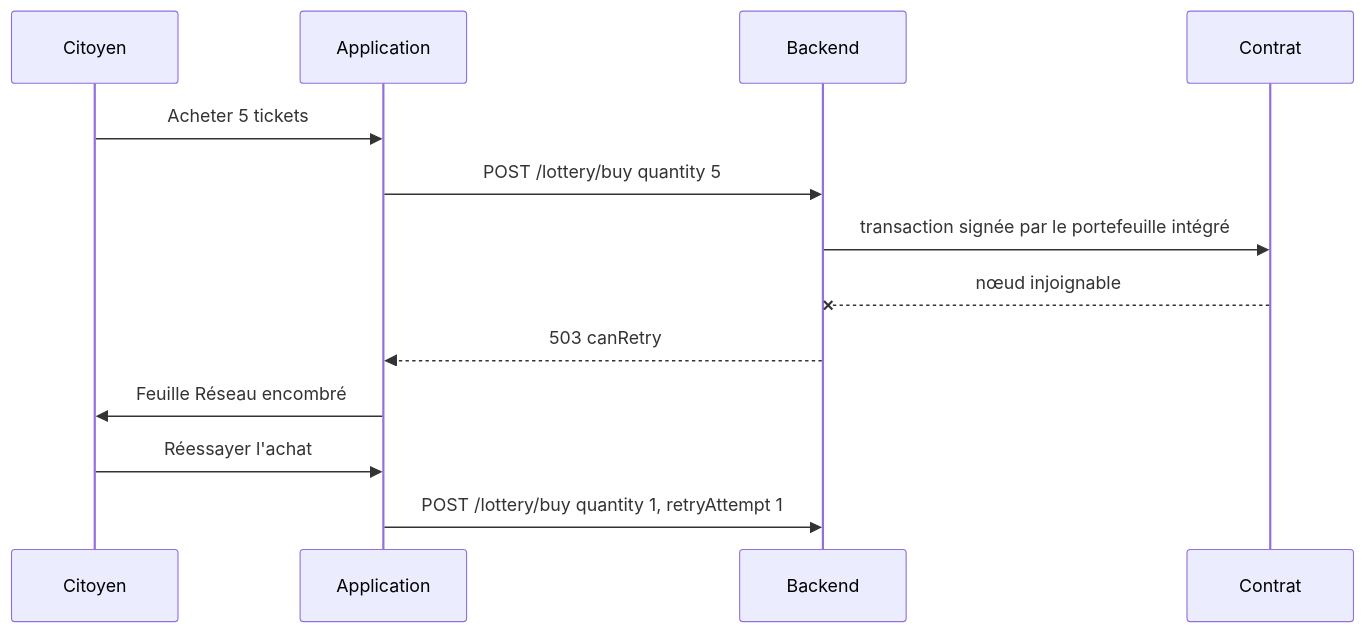
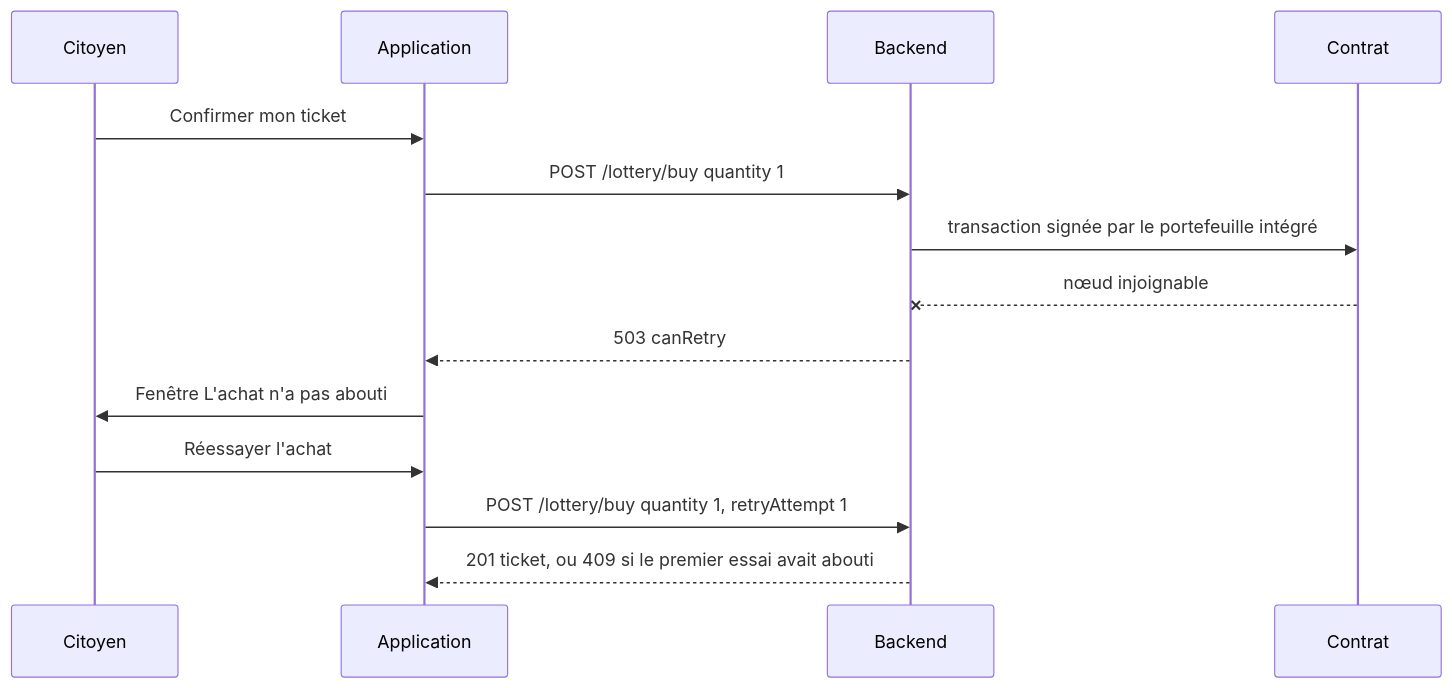
Before and after one commit to MarceauTDML/BlockLucky: the diagram in documentation-officielle/content/mobile/resilience.md, drawn with Mermaid. The commit also changed other lines of this file and 211 other files, not shown here.

````diff
--- a/documentation-officielle/content/mobile/resilience.md
+++ b/documentation-officielle/content/mobile/resilience.md
@@ -64,15 +63,16 @@
 ```mermaid
 sequenceDiagram
   participant U as Citoyen
   participant A as Application
   participant B as Backend
   participant C as Contrat
-  U->>A: Acheter 5 tickets
-  A->>B: POST /lottery/buy quantity 5
+  U->>A: Confirmer mon ticket
+  A->>B: POST /lottery/buy quantity 1
   B->>C: transaction signée par le portefeuille intégré
   C--xB: nœud injoignable
   B-->>A: 503 canRetry
-  A->>U: Feuille Réseau encombré
+  A->>U: Fenêtre L'achat n'a pas abouti
   U->>A: Réessayer l'achat
   A->>B: POST /lottery/buy quantity 1, retryAttempt 1
+  B-->>A: 201 ticket, ou 409 si le premier essai avait abouti
 ```
````
